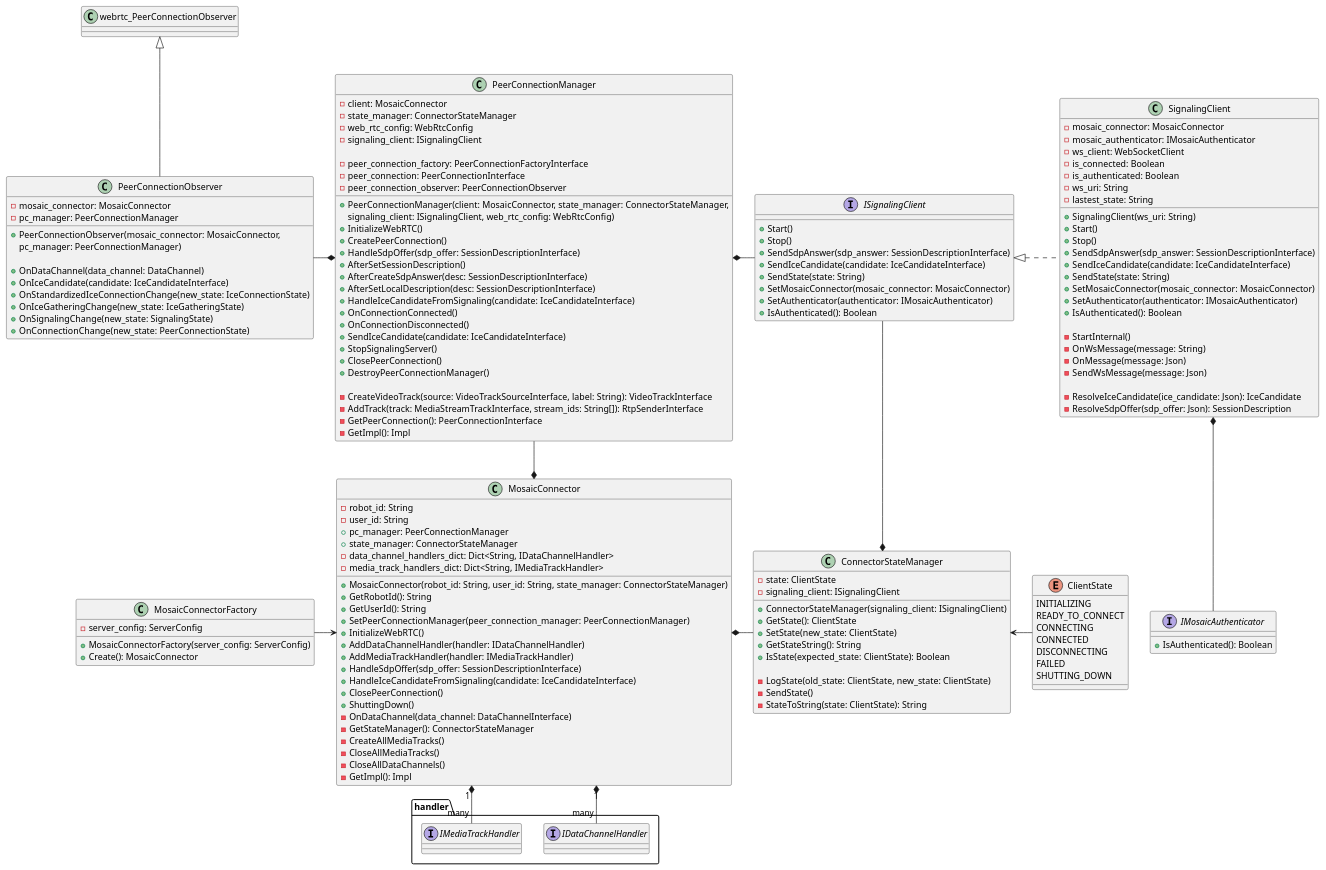
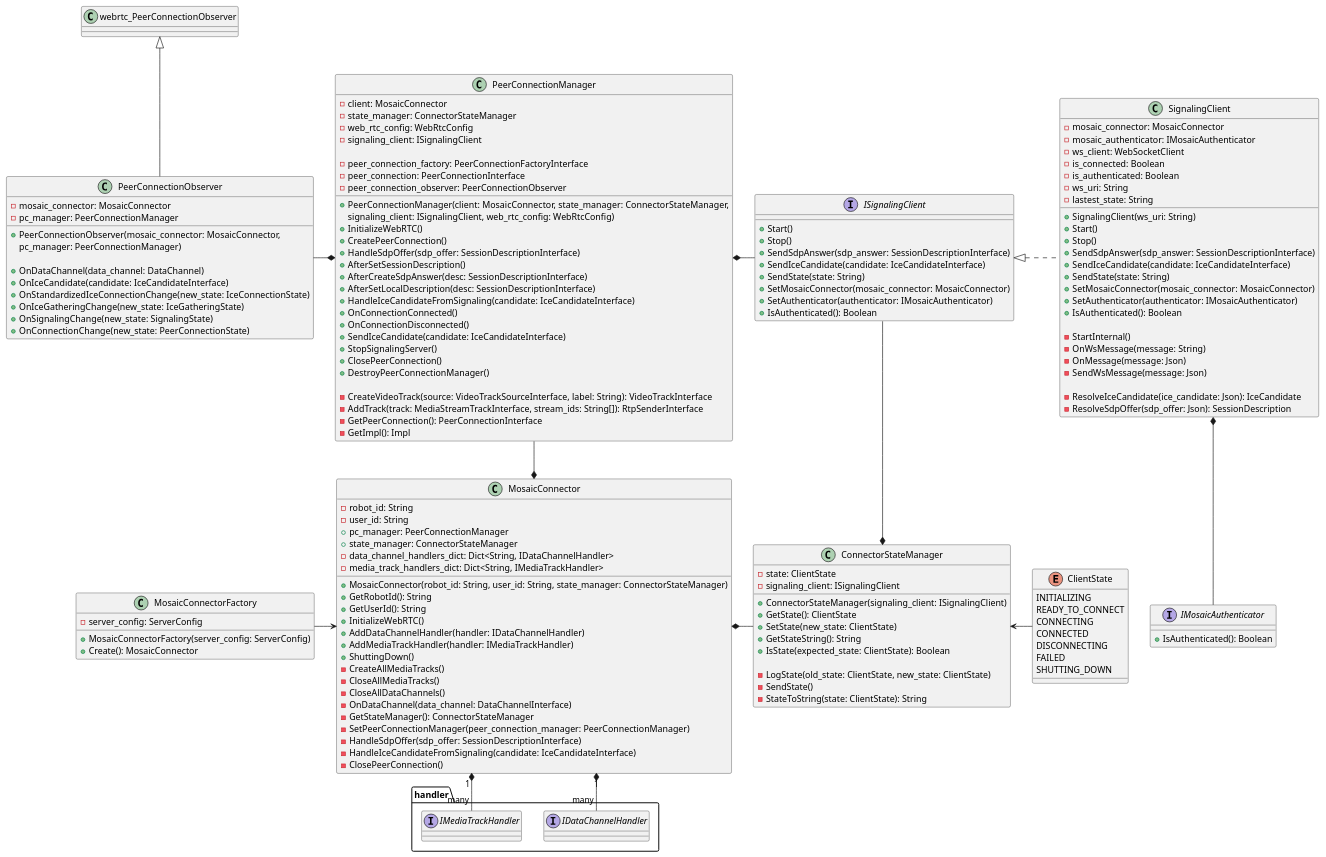
One commit to ACSL-MOSAIC/mosaic-core changed the diagram in docs/diagrams/core/class_mosaic_core.puml. Above: the diagram before and after it, drawn with PlantUML. The commit also changed 6 other files, not shown here.

Commit message:
- Refactor MosaicConnector and SignalingClient: delete PIMPL design

```diff
--- a/docs/diagrams/core/class_mosaic_core.puml
+++ b/docs/diagrams/core/class_mosaic_core.puml
@@ -1,176 +1,175 @@
 @startuml
 'https://plantuml.com/class-diagram
 skinparam linetype ortho
 
 class PeerConnectionObserver {
     - mosaic_connector: MosaicConnector
     - pc_manager: PeerConnectionManager
     + PeerConnectionObserver(mosaic_connector: MosaicConnector,
                             pc_manager: PeerConnectionManager)
 
     + OnDataChannel(data_channel: DataChannel)
     + OnIceCandidate(candidate: IceCandidateInterface)
     + OnStandardizedIceConnectionChange(new_state: IceConnectionState)
     + OnIceGatheringChange(new_state: IceGatheringState)
     + OnSignalingChange(new_state: SignalingState)
     + OnConnectionChange(new_state: PeerConnectionState)
 }
 
 class MosaicConnectorFactory {
     - server_config: ServerConfig
     + MosaicConnectorFactory(server_config: ServerConfig)
     + Create(): MosaicConnector
 }
 
 interface IMosaicAuthenticator {
     + IsAuthenticated(): Boolean
 }
 
 interface ISignalingClient {
     + Start()
     + Stop()
     + SendSdpAnswer(sdp_answer: SessionDescriptionInterface)
     + SendIceCandidate(candidate: IceCandidateInterface)
     + SendState(state: String)
     + SetMosaicConnector(mosaic_connector: MosaicConnector)
     + SetAuthenticator(authenticator: IMosaicAuthenticator)
     + IsAuthenticated(): Boolean
 }
 
 class SignalingClient {
     - mosaic_connector: MosaicConnector
     - mosaic_authenticator: IMosaicAuthenticator
     - ws_client: WebSocketClient
     - is_connected: Boolean
     - is_authenticated: Boolean
     - ws_uri: String
     - lastest_state: String
 
     + SignalingClient(ws_uri: String)
     + Start()
     + Stop()
     + SendSdpAnswer(sdp_answer: SessionDescriptionInterface)
     + SendIceCandidate(candidate: IceCandidateInterface)
     + SendState(state: String)
     + SetMosaicConnector(mosaic_connector: MosaicConnector)
     + SetAuthenticator(authenticator: IMosaicAuthenticator)
     + IsAuthenticated(): Boolean
 
     - StartInternal()
     - OnWsMessage(message: String)
     - OnMessage(message: Json)
     - SendWsMessage(message: Json)
 
     - ResolveIceCandidate(ice_candidate: Json): IceCandidate
     - ResolveSdpOffer(sdp_offer: Json): SessionDescription
 }
 
 class ConnectorStateManager {
     - state: ClientState
     - signaling_client: ISignalingClient
 
     + ConnectorStateManager(signaling_client: ISignalingClient)
     + GetState(): ClientState
     + SetState(new_state: ClientState)
     + GetStateString(): String
     + IsState(expected_state: ClientState): Boolean
 
     - LogState(old_state: ClientState, new_state: ClientState)
     - SendState()
     - StateToString(state: ClientState): String
 }
 
 enum ClientState {
     INITIALIZING
     READY_TO_CONNECT
     CONNECTING
     CONNECTED
     DISCONNECTING
     FAILED
     SHUTTING_DOWN
 }
 
 class MosaicConnector {
     - robot_id: String
     - user_id: String
     + pc_manager: PeerConnectionManager
     + state_manager: ConnectorStateManager
     - data_channel_handlers_dict: Dict<String, IDataChannelHandler>
     - media_track_handlers_dict: Dict<String, IMediaTrackHandler>
 
     + MosaicConnector(robot_id: String, user_id: String, state_manager: ConnectorStateManager)
     + GetRobotId(): String
     + GetUserId(): String
-    + SetPeerConnectionManager(peer_connection_manager: PeerConnectionManager)
     + InitializeWebRTC()
     + AddDataChannelHandler(handler: IDataChannelHandler)
     + AddMediaTrackHandler(handler: IMediaTrackHandler)
-    + HandleSdpOffer(sdp_offer: SessionDescriptionInterface)
-    + HandleIceCandidateFromSignaling(candidate: IceCandidateInterface)
-    + ClosePeerConnection()
     + ShuttingDown()
-    - OnDataChannel(data_channel: DataChannelInterface)
-    - GetStateManager(): ConnectorStateManager
     - CreateAllMediaTracks()
     - CloseAllMediaTracks()
     - CloseAllDataChannels()
-    - GetImpl(): Impl
+    - OnDataChannel(data_channel: DataChannelInterface)
+    - GetStateManager(): ConnectorStateManager
+    - SetPeerConnectionManager(peer_connection_manager: PeerConnectionManager)
+    - HandleSdpOffer(sdp_offer: SessionDescriptionInterface)
+    - HandleIceCandidateFromSignaling(candidate: IceCandidateInterface)
+    - ClosePeerConnection()
 }
 
 class PeerConnectionManager {
     - client: MosaicConnector
     - state_manager: ConnectorStateManager
     - web_rtc_config: WebRtcConfig
     - signaling_client: ISignalingClient
 
     - peer_connection_factory: PeerConnectionFactoryInterface
     - peer_connection: PeerConnectionInterface
     - peer_connection_observer: PeerConnectionObserver
 
     + PeerConnectionManager(client: MosaicConnector, state_manager: ConnectorStateManager,
                             signaling_client: ISignalingClient, web_rtc_config: WebRtcConfig)
     + InitializeWebRTC()
     + CreatePeerConnection()
     + HandleSdpOffer(sdp_offer: SessionDescriptionInterface)
     + AfterSetSessionDescription()
     + AfterCreateSdpAnswer(desc: SessionDescriptionInterface)
     + AfterSetLocalDescription(desc: SessionDescriptionInterface)
     + HandleIceCandidateFromSignaling(candidate: IceCandidateInterface)
     + OnConnectionConnected()
     + OnConnectionDisconnected()
     + SendIceCandidate(candidate: IceCandidateInterface)
     + StopSignalingServer()
     + ClosePeerConnection()
     + DestroyPeerConnectionManager()
 
     - CreateVideoTrack(source: VideoTrackSourceInterface, label: String): VideoTrackInterface
     - AddTrack(track: MediaStreamTrackInterface, stream_ids: String[]): RtpSenderInterface
     - GetPeerConnection(): PeerConnectionInterface
     - GetImpl(): Impl
 }
 
 interface handler.IDataChannelHandler {
 }
 interface handler.IMediaTrackHandler {
 }
 
 MosaicConnector "1" *-- "many" IDataChannelHandler
 MosaicConnector "1" *-- "many" IMediaTrackHandler
 
 ISignalingClient -* ConnectorStateManager
 
 SignalingClient *-- IMosaicAuthenticator
 
 MosaicConnector *- ConnectorStateManager
 ConnectorStateManager <- ClientState
 
 PeerConnectionObserver -* PeerConnectionManager
 webrtc_PeerConnectionObserver <|-- PeerConnectionObserver
 
 ISignalingClient <|. SignalingClient
 PeerConnectionManager *- ISignalingClient
 
 MosaicConnectorFactory ->  MosaicConnector
 PeerConnectionManager --* MosaicConnector
 
 @enduml
```
